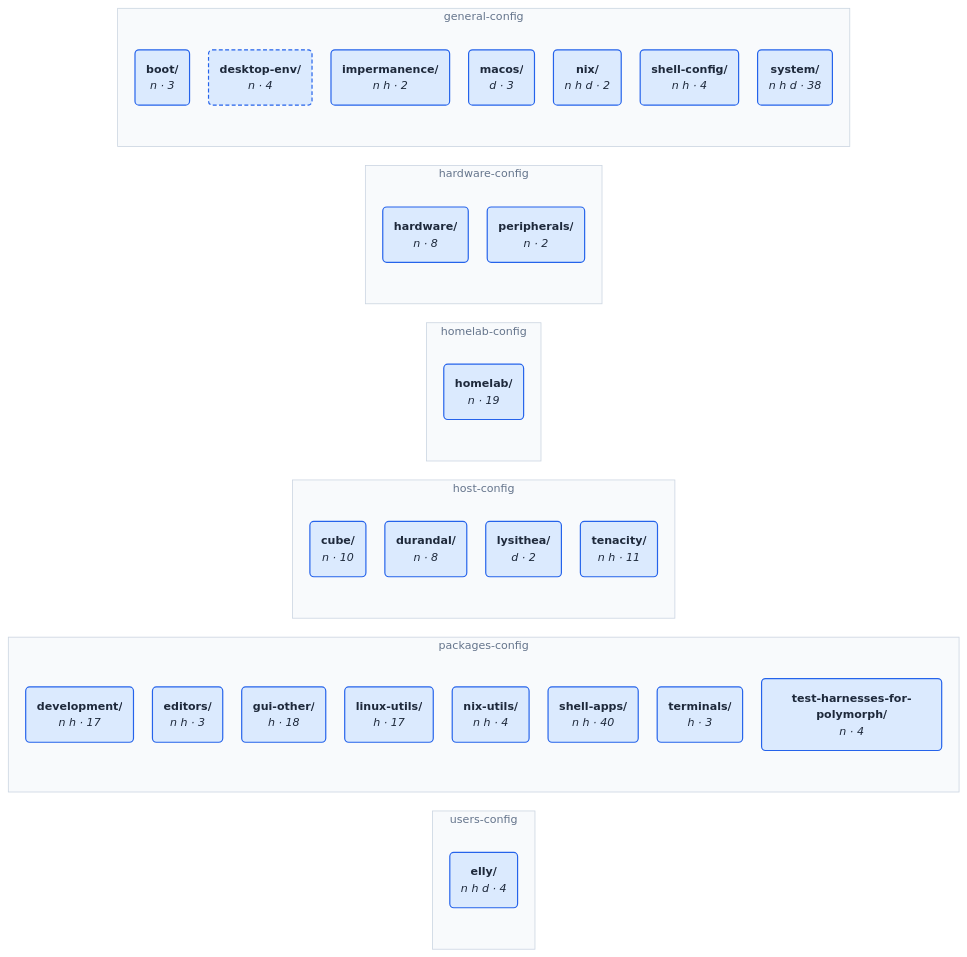
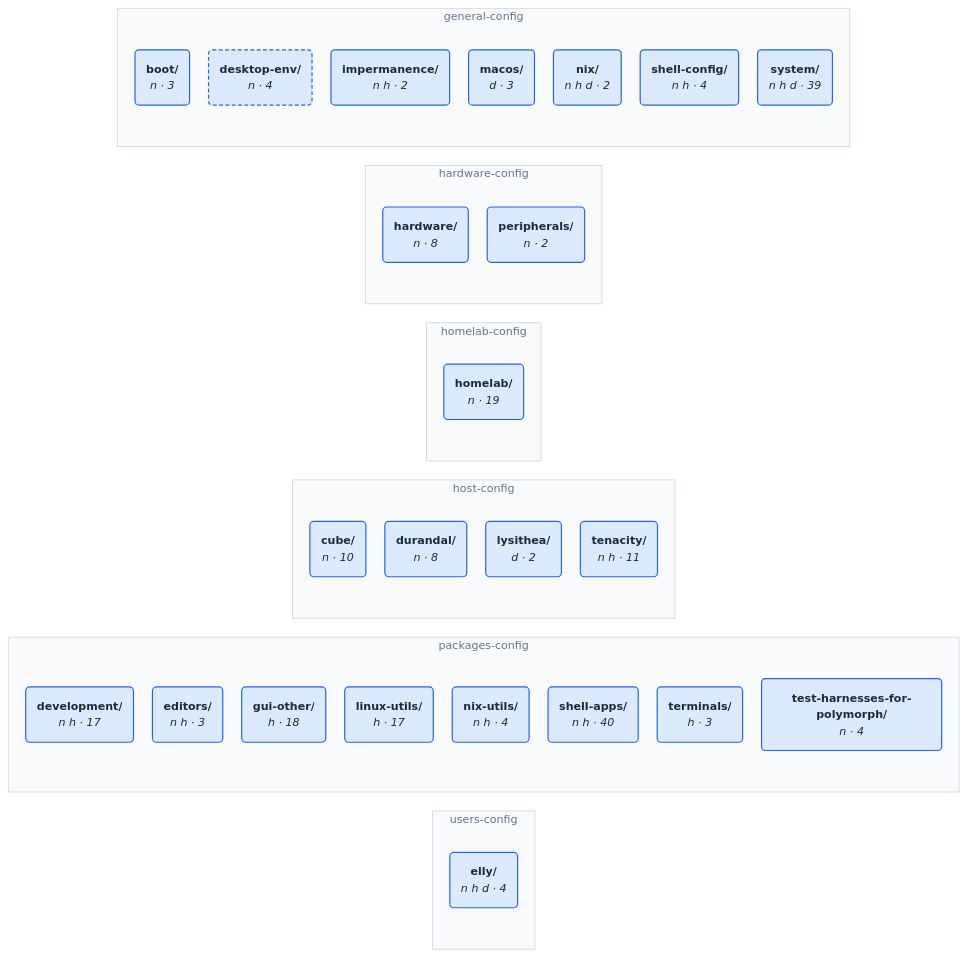
One commit to NireBryce/nixos-configs changed the diagram in wiki/config-structure/architecture.md. Above: the diagram before and after it, drawn with Mermaid. The commit also changed 9 other files, not shown here.

````diff
--- a/wiki/config-structure/architecture.md
+++ b/wiki/config-structure/architecture.md
@@ -98,55 +98,55 @@
 ```mermaid
 %%{init: {"theme": "base", "themeVariables": {"fontFamily": "ui-sans-serif, system-ui, sans-serif", "fontSize": "14px", "lineColor": "#94a3b8"}, "flowchart": {"curve": "basis", "nodeSpacing": 24, "rankSpacing": 80, "padding": 14}}}%%
 flowchart LR
     subgraph g0["users-config"]
         n28("<b>elly/</b><br/><i>n h d · 4</i>")
     end
     subgraph g1["packages-config"]
         n20("<b>development/</b><br/><i>n h · 17</i>")
         n21("<b>editors/</b><br/><i>n h · 3</i>")
         n22("<b>gui-other/</b><br/><i>h · 18</i>")
         n23("<b>linux-utils/</b><br/><i>h · 17</i>")
         n24("<b>nix-utils/</b><br/><i>n h · 4</i>")
         n25("<b>shell-apps/</b><br/><i>n h · 40</i>")
         n26("<b>terminals/</b><br/><i>h · 3</i>")
         n27("<b>test-harnesses-for-polymorph/</b><br/><i>n · 4</i>")
     end
     subgraph g2["host-config"]
         n16("<b>cube/</b><br/><i>n · 10</i>")
         n17("<b>durandal/</b><br/><i>n · 8</i>")
         n18("<b>lysithea/</b><br/><i>d · 2</i>")
         n19("<b>tenacity/</b><br/><i>n h · 11</i>")
     end
     subgraph g3["homelab-config"]
         n15("<b>homelab/</b><br/><i>n · 19</i>")
     end
     subgraph g4["hardware-config"]
         n13("<b>hardware/</b><br/><i>n · 8</i>")
         n14("<b>peripherals/</b><br/><i>n · 2</i>")
     end
     subgraph g5["general-config"]
         n6("<b>boot/</b><br/><i>n · 3</i>")
         n7("<b>desktop-env/</b><br/><i>n · 4</i>")
         n8("<b>impermanence/</b><br/><i>n h · 2</i>")
         n9("<b>macos/</b><br/><i>d · 3</i>")
         n10("<b>nix/</b><br/><i>n h d · 2</i>")
         n11("<b>shell-config/</b><br/><i>n h · 4</i>")
-        n12("<b>system/</b><br/><i>n h d · 38</i>")
+        n12("<b>system/</b><br/><i>n h d · 39</i>")
     end
     style g0 fill:#f8fafc,stroke:#cbd5e1,color:#64748b
     style g1 fill:#f8fafc,stroke:#cbd5e1,color:#64748b
     style g2 fill:#f8fafc,stroke:#cbd5e1,color:#64748b
     style g3 fill:#f8fafc,stroke:#cbd5e1,color:#64748b
     style g4 fill:#f8fafc,stroke:#cbd5e1,color:#64748b
     style g5 fill:#f8fafc,stroke:#cbd5e1,color:#64748b
     classDef area fill:#f8fafc,stroke:#cbd5e1,color:#1e293b,stroke-width:1.5px
     classDef category fill:#dbeafe,stroke:#2563eb,color:#1e293b,stroke-width:1.5px
     classDef folder fill:#f1f5f9,stroke:#94a3b8,color:#1e293b,stroke-width:1.5px
     classDef module fill:#ffffff,stroke:#94a3b8,color:#1e293b,stroke-width:1.5px
     classDef aggregate fill:#ffffff,stroke:#f59e0b,color:#1e293b,stroke-width:1.5px
     classDef missing fill:#fee2e2,stroke:#ef4444,color:#1e293b,stroke-width:1.5px
     classDef orphan fill:#fff1f2,stroke:#e11d48,color:#1e293b,stroke-width:2.5px
     classDef bymodule stroke-dasharray:5 3
     class n6,n7,n8,n9,n10,n11,n12,n13,n14,n15,n16,n17,n18,n19,n20,n21,n22,n23,n24,n25,n26,n27,n28 category
     class n7 bymodule
 ```
````
